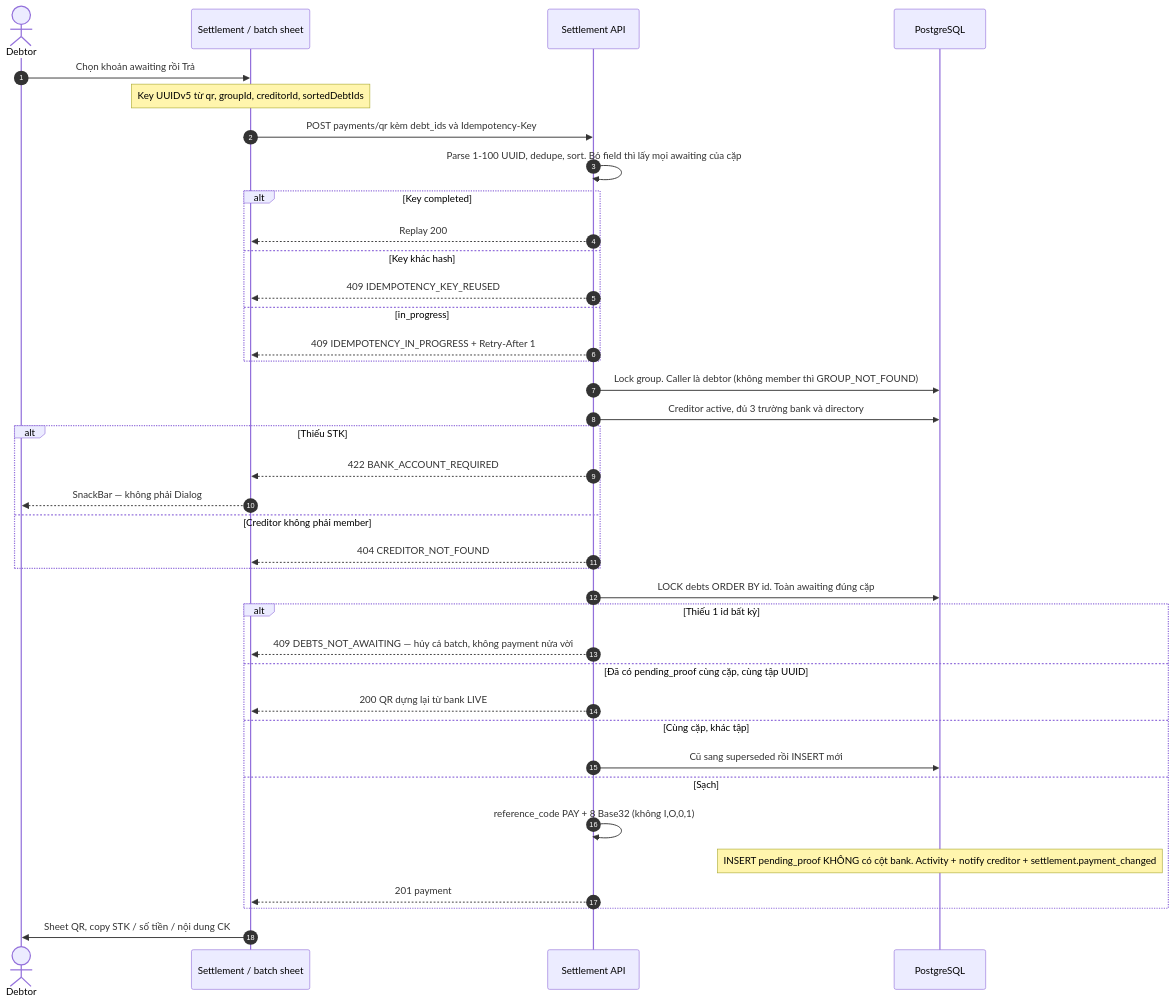
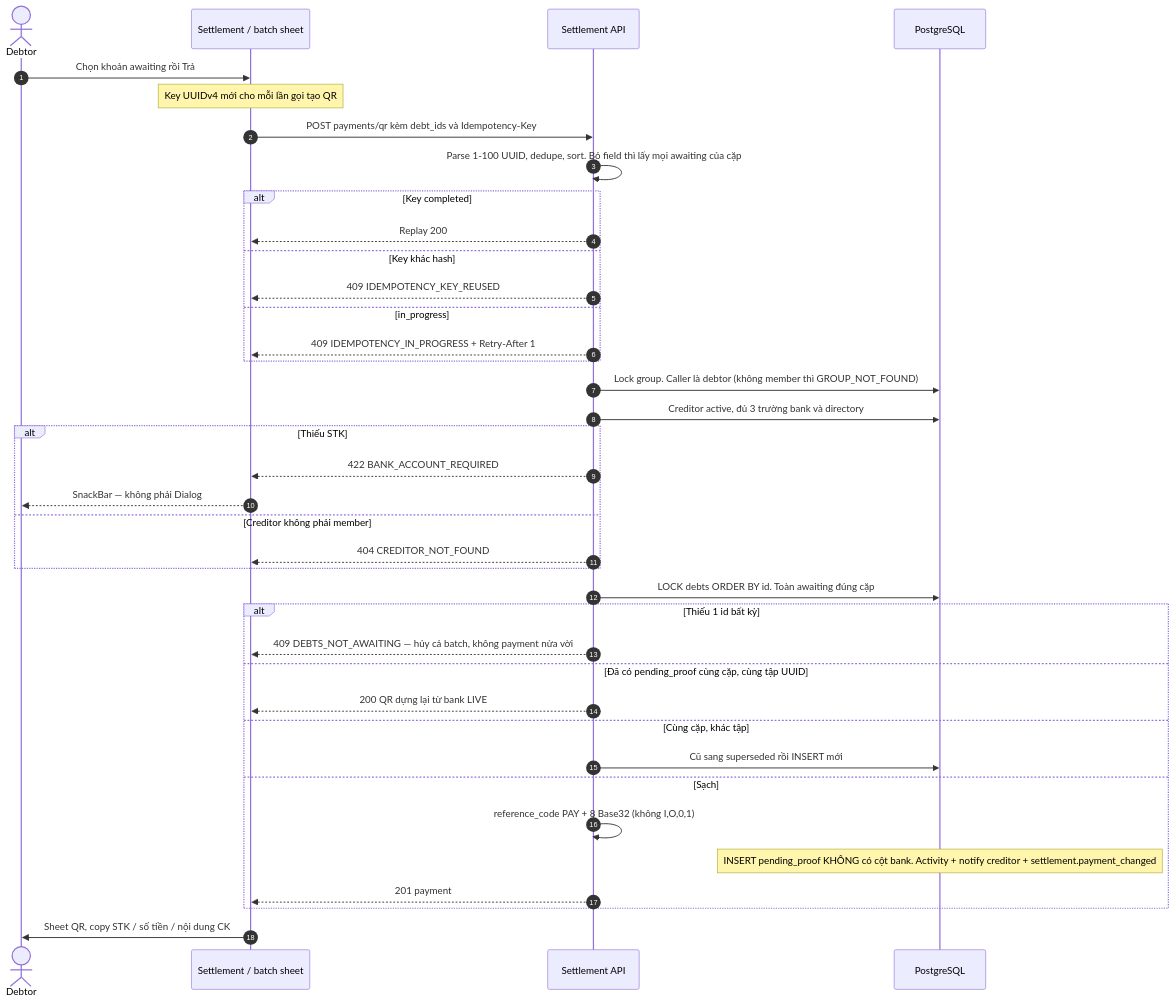
The second of 8 diagrams in flow/04-settlement.md (FintechVSF-Tranning/PaySplit-RP), drawn with Mermaid before and after one commit. The commit also changed other lines of this file and 11 other files, not shown here.

First line of the commit message:
docs: Update flow documentation and reports for synchronization on 06/09/2026

````diff
--- a/flow/04-settlement.md
+++ b/flow/04-settlement.md
@@ -104,41 +106,41 @@
 ```mermaid
 sequenceDiagram
     autonumber
     actor U as Debtor
     participant FE as Settlement / batch sheet
     participant BE as Settlement API
     participant DB as PostgreSQL
 
     U->>FE: Chọn khoản awaiting rồi Trả
-    Note over FE: Key UUIDv5 từ qr, groupId, creditorId, sortedDebtIds
+    Note over FE: Key UUIDv4 mới cho mỗi lần gọi tạo QR
     FE->>BE: POST payments/qr kèm debt_ids và Idempotency-Key
     BE->>BE: Parse 1-100 UUID, dedupe, sort. Bỏ field thì lấy mọi awaiting của cặp
     alt Key completed
         BE-->>FE: Replay 200
     else Key khác hash
         BE-->>FE: 409 IDEMPOTENCY_KEY_REUSED
     else in_progress
         BE-->>FE: 409 IDEMPOTENCY_IN_PROGRESS + Retry-After 1
     end
     BE->>DB: Lock group. Caller là debtor (không member thì GROUP_NOT_FOUND)
     BE->>DB: Creditor active, đủ 3 trường bank và directory
     alt Thiếu STK
         BE-->>FE: 422 BANK_ACCOUNT_REQUIRED
         FE-->>U: SnackBar — không phải Dialog
     else Creditor không phải member
         BE-->>FE: 404 CREDITOR_NOT_FOUND
     end
     BE->>DB: LOCK debts ORDER BY id. Toàn awaiting đúng cặp
     alt Thiếu 1 id bất kỳ
         BE-->>FE: 409 DEBTS_NOT_AWAITING — hủy cả batch, không payment nửa vời
     else Đã có pending_proof cùng cặp, cùng tập UUID
         BE-->>FE: 200 QR dựng lại từ bank LIVE
     else Cùng cặp, khác tập
         BE->>DB: Cũ sang superseded rồi INSERT mới
     else Sạch
         BE->>BE: reference_code PAY + 8 Base32 (không I,O,0,1)
         Note over DB: INSERT pending_proof KHÔNG có cột bank. Activity + notify creditor + settlement.payment_changed
         BE-->>FE: 201 payment
     end
     FE->>U: Sheet QR, copy STK / số tiền / nội dung CK
 ```
````
